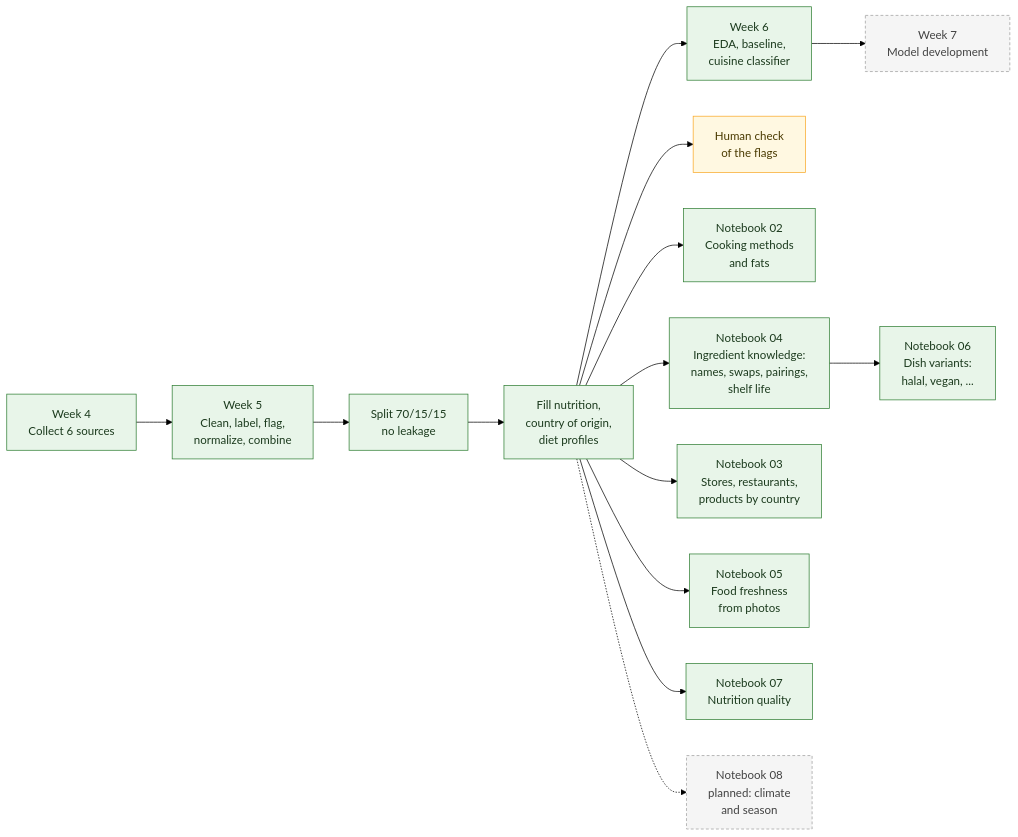
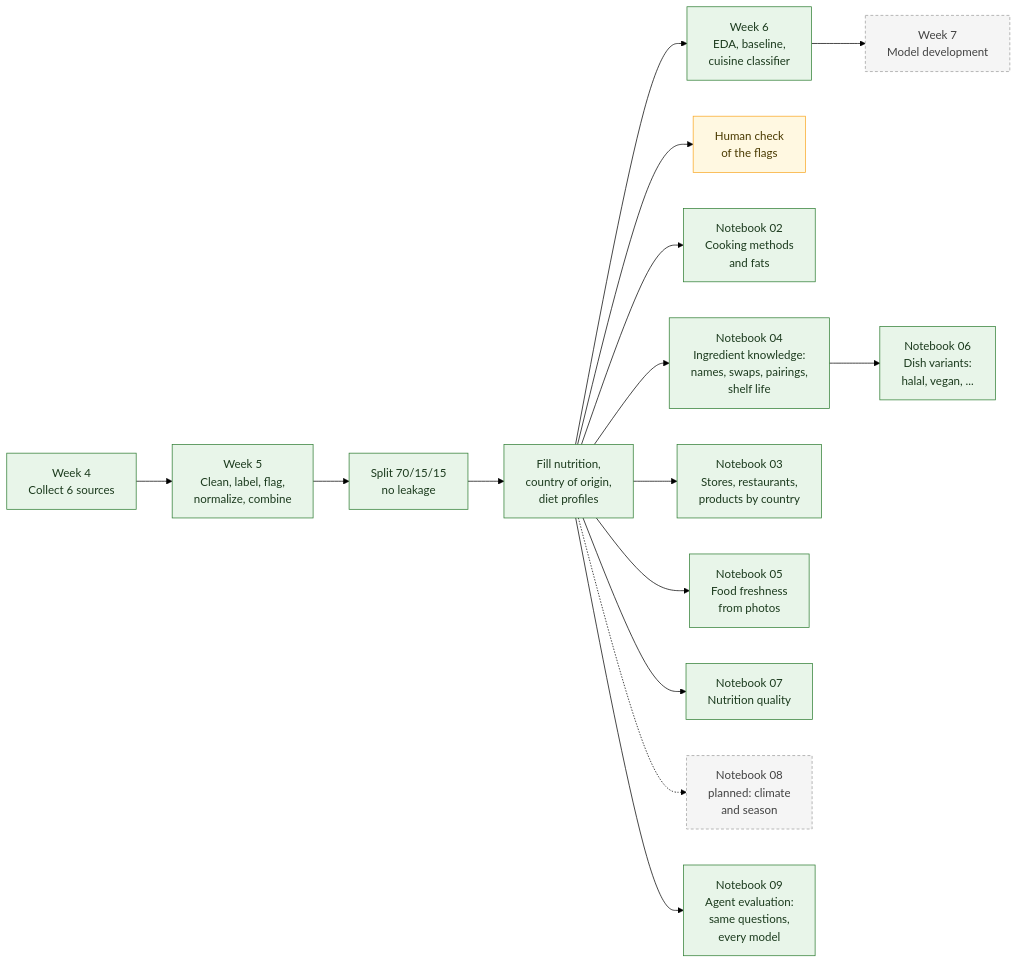
Before and after one commit to Chloe-Tu2/The-EverFlavor-AI: the second of 3 diagrams in README.md, drawn with Mermaid (forest theme). The commit also changed other lines of this file and 24 other files, not shown here.

First line of the commit message:
Real-data tests, agent evaluation notebook 09, Hugging Face names keep restriction words

````diff
--- a/README.md
+++ b/README.md
@@ -170,23 +171,24 @@
 ```mermaid
 flowchart LR
     A[Week 4<br/>Collect 6 sources] --> B[Week 5<br/>Clean, label, flag,<br/>normalize, combine]
     B --> C[Split 70/15/15<br/>no leakage]
     C --> G[Fill nutrition,<br/>country of origin,<br/>diet profiles]
     G --> D[Week 6<br/>EDA, baseline,<br/>cuisine classifier]
     D --> E[Week 7<br/>Model development]
     G --> H[Human check<br/>of the flags]
     G --> F[Notebook 02<br/>Cooking methods<br/>and fats]
     G --> K[Notebook 04<br/>Ingredient knowledge:<br/>names, swaps, pairings,<br/>shelf life]
     G --> S[Notebook 03<br/>Stores, restaurants,<br/>products by country]
     G --> V[Notebook 05<br/>Food freshness<br/>from photos]
     K --> W[Notebook 06<br/>Dish variants:<br/>halal, vegan, ...]
     G --> Q[Notebook 07<br/>Nutrition quality]
     G -.-> X[Notebook 08<br/>planned: climate<br/>and season]
+    G --> AE[Notebook 09<br/>Agent evaluation:<br/>same questions,<br/>every model]
 
     classDef done fill:#E8F5E9,stroke:#2E7D32,color:#1B3A1D
     classDef people fill:#FFF8E1,stroke:#F9A825,color:#4A3A00
     classDef next fill:#F5F5F5,stroke:#9E9E9E,color:#424242,stroke-dasharray:4 3
-    class A,B,C,G,D,F,K,S,V,W,Q done
+    class A,B,C,G,D,F,K,S,V,W,Q,AE done
     class H people
     class E,X next
 ```
````
